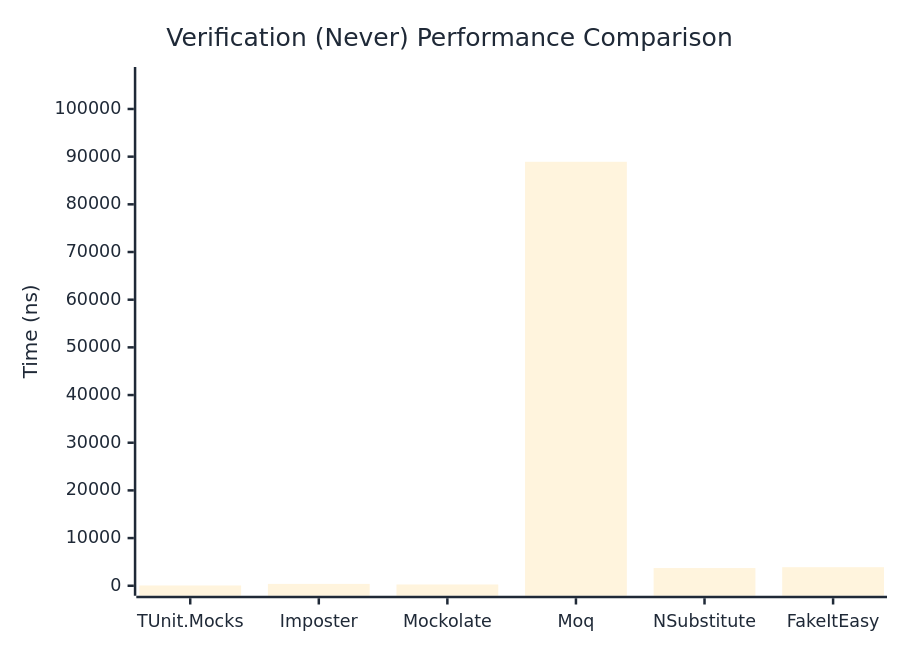
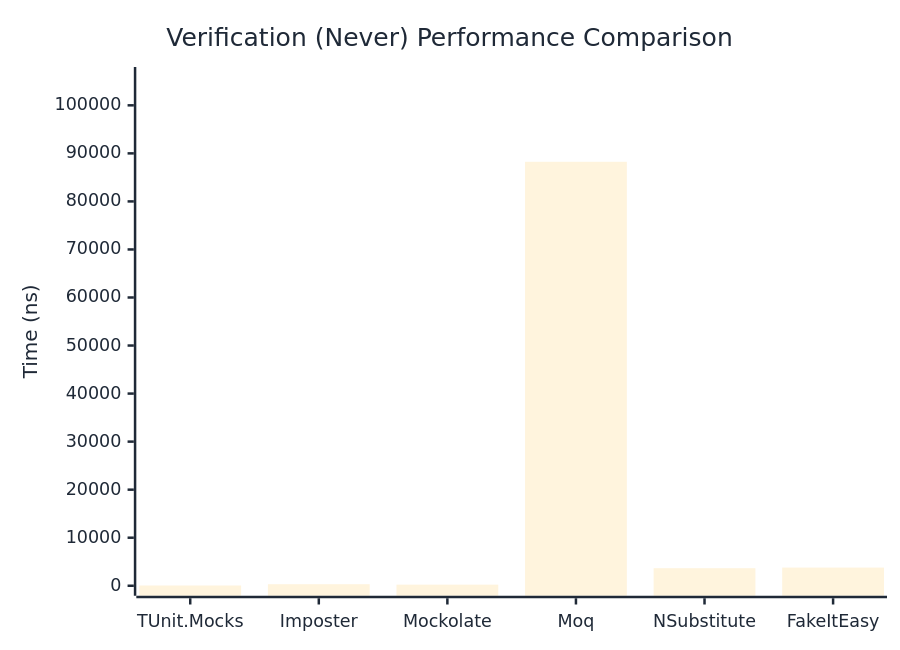
One commit to thomhurst/TUnit changed the second of 3 diagrams in docs/docs/benchmarks/mocks/Verification.md. Above: the diagram before and after it, drawn with Mermaid. The commit also changed other lines of this file and 14 other files, not shown here.

````diff
--- a/docs/docs/benchmarks/mocks/Verification.md
+++ b/docs/docs/benchmarks/mocks/Verification.md
@@ -71,27 +71,27 @@
 ```mermaid
 %%{init: {
   'theme':'base',
   'themeVariables': {
     'primaryColor': '#2563eb',
     'primaryTextColor': '#1f2937',
     'primaryBorderColor': '#1e40af',
     'lineColor': '#6b7280',
     'secondaryColor': '#7c3aed',
     'tertiaryColor': '#dc2626',
     'background': '#ffffff',
     'pie1': '#2563eb',
     'pie2': '#7c3aed',
     'pie3': '#dc2626',
     'pie4': '#f59e0b',
     'pie5': '#10b981',
     'pie6': '#06b6d4',
     'pie7': '#ec4899',
     'pie8': '#6366f1'
   }
 }}%%
 xychart-beta
   title "Verification (Never) Performance Comparison"
   x-axis ["TUnit.Mocks", "Imposter", "Mockolate", "Moq", "NSubstitute", "FakeItEasy"]
-  y-axis "Time (ns)" 0 --> 106707
-  bar [60.02, 388.59, 265, 88922.07, 3710.28, 3893.22]
+  y-axis "Time (ns)" 0 --> 105896
+  bar [52.39, 321.12, 230.38, 88245.84, 3653.04, 3781.94]
 ```
````
